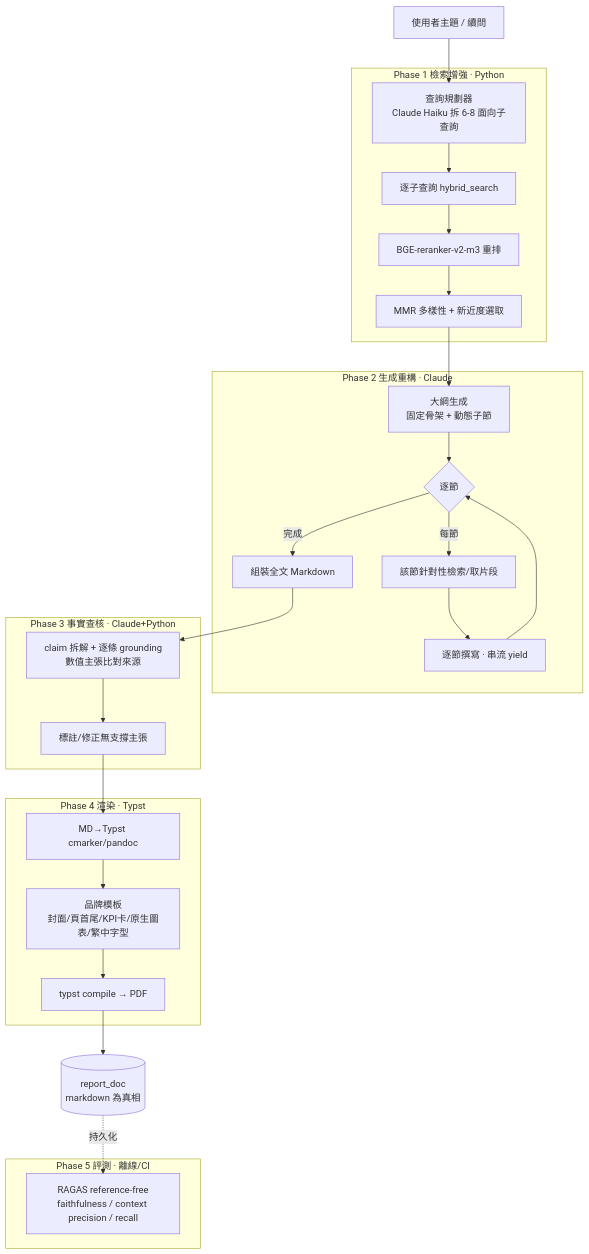
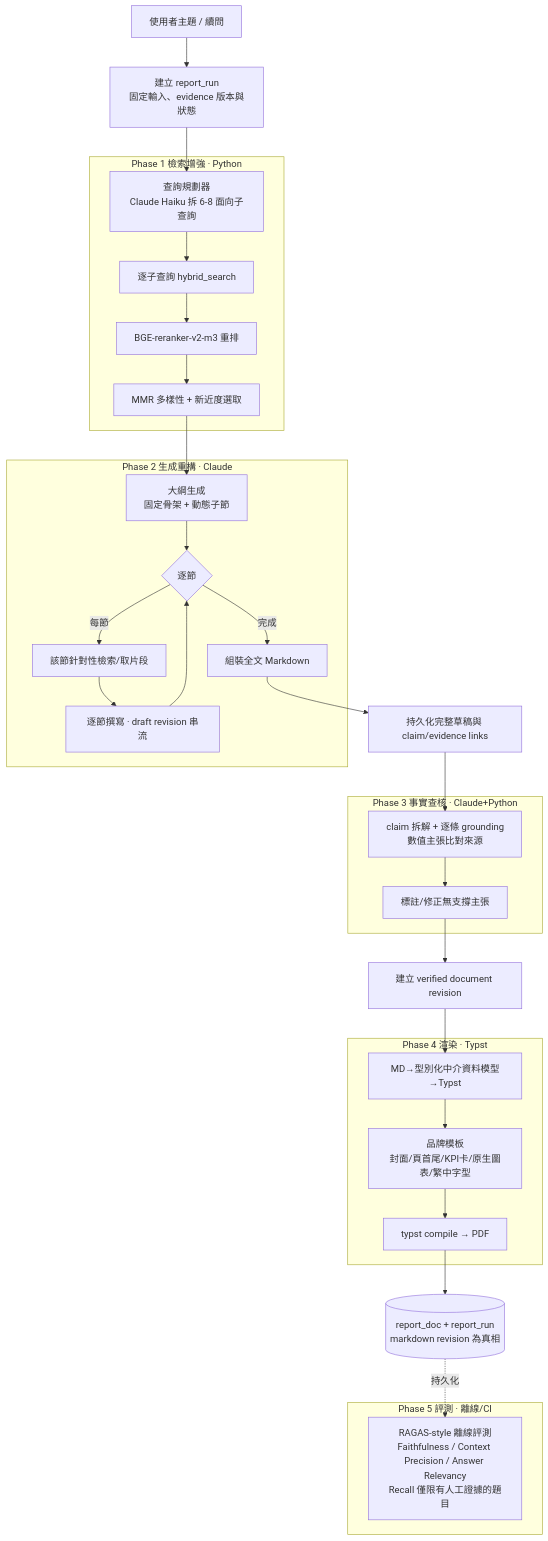
Before and after one commit to FPI-TW/report-research: the diagram in docs/REPORT_GEN_REDESIGN.md, drawn with Mermaid. The commit also changed other lines of this file and 2 other files, not shown here.

````diff
--- a/docs/REPORT_GEN_REDESIGN.md
+++ b/docs/REPORT_GEN_REDESIGN.md
@@ -51,44 +51,47 @@
 ```mermaid
 flowchart TD
-    Q[使用者主題 / 續問] --> PLAN
+    Q[使用者主題 / 續問] --> RUN[建立 report_run<br/>固定輸入、evidence 版本與狀態]
+    RUN --> PLAN
 
     subgraph P1[Phase 1 檢索增強 · Python]
       PLAN[查詢規劃器<br/>Claude Haiku 拆 6-8 面向子查詢] --> RET[逐子查詢 hybrid_search]
       RET --> RERANK[BGE-reranker-v2-m3 重排]
       RERANK --> SELECT[MMR 多樣性 + 新近度選取]
     end
 
     SELECT --> OUTLINE
 
     subgraph P2[Phase 2 生成重構 · Claude]
       OUTLINE[大綱生成<br/>固定骨架 + 動態子節] --> SECLOOP{逐節}
       SECLOOP -->|每節| SECRET[該節針對性檢索/取片段]
-      SECRET --> SECDRAFT[逐節撰寫 · 串流 yield]
+      SECRET --> SECDRAFT[逐節撰寫 · draft revision 串流]
       SECDRAFT --> SECLOOP
       SECLOOP -->|完成| ASSEMBLE[組裝全文 Markdown]
     end
 
-    ASSEMBLE --> VERIFY
+    ASSEMBLE --> CHECKPOINT[持久化完整草稿與 claim/evidence links]
+    CHECKPOINT --> VERIFY
 
     subgraph P3[Phase 3 事實查核 · Claude+Python]
       VERIFY[claim 拆解 + 逐條 grounding<br/>數值主張比對來源] --> FIX[標註/修正無支撐主張]
     end
 
-    FIX --> RENDER
+    FIX --> FINAL[建立 verified document revision]
+    FINAL --> RENDER
 
     subgraph P4[Phase 4 渲染 · Typst]
-      RENDER[MD→Typst cmarker/pandoc] --> TMPL[品牌模板<br/>封面/頁首尾/KPI卡/原生圖表/繁中字型]
+      RENDER[MD→型別化中介資料模型→Typst] --> TMPL[品牌模板<br/>封面/頁首尾/KPI卡/原生圖表/繁中字型]
       TMPL --> PDF[typst compile → PDF]
     end
 
-    PDF --> STORE[(report_doc<br/>markdown 為真相)]
+    PDF --> STORE[(report_doc + report_run<br/>markdown revision 為真相)]
 
     STORE -.持久化.-> EVAL
 
     subgraph P5[Phase 5 評測 · 離線/CI]
-      EVAL[RAGAS reference-free<br/>faithfulness / context precision / recall]
+      EVAL[RAGAS-style 離線評測<br/>Faithfulness / Context Precision / Answer Relevancy<br/>Recall 僅限有人工證據的題目]
     end
 
     classDef py fill:#e8f0fe,stroke:#4a7;
     classDef cl fill:#fdf0e8,stroke:#d84;
 ```
````
